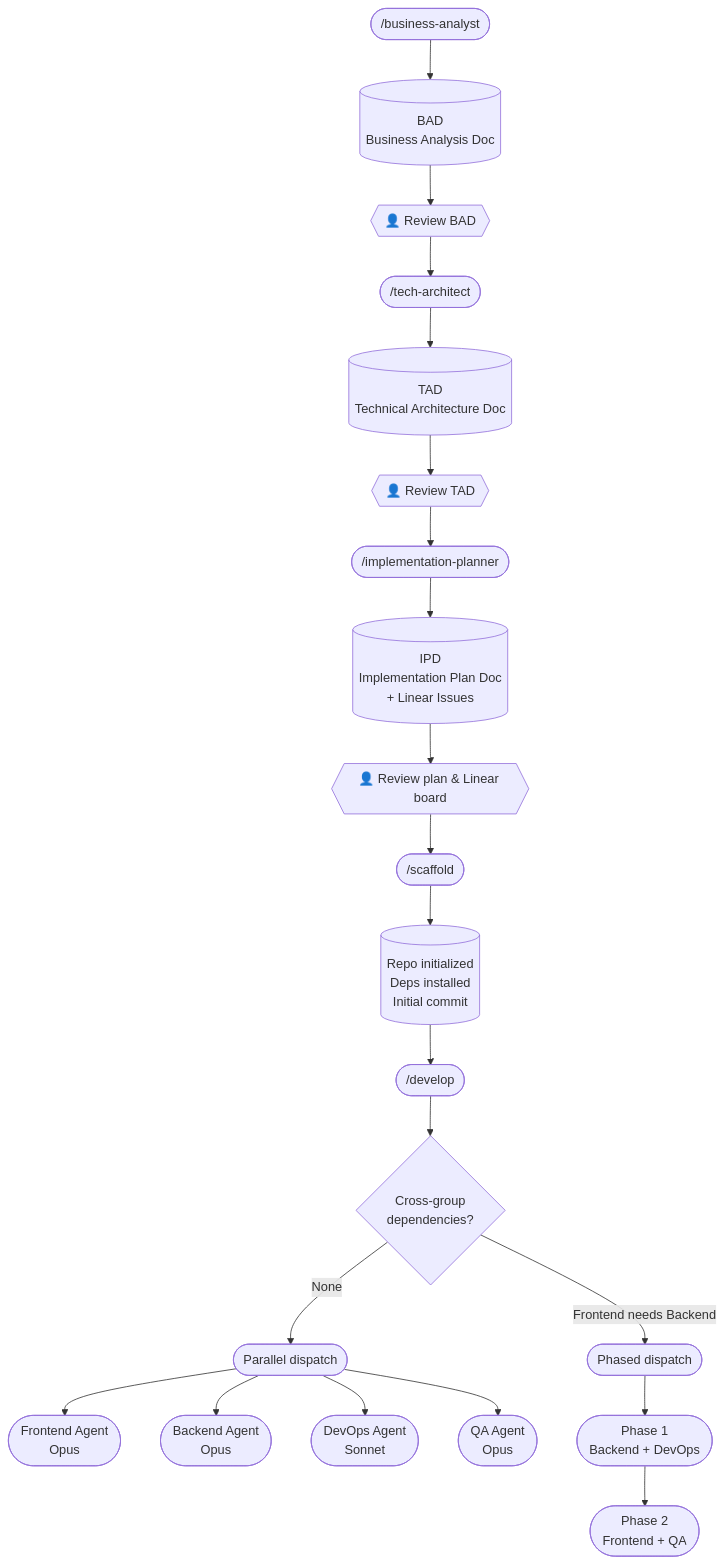
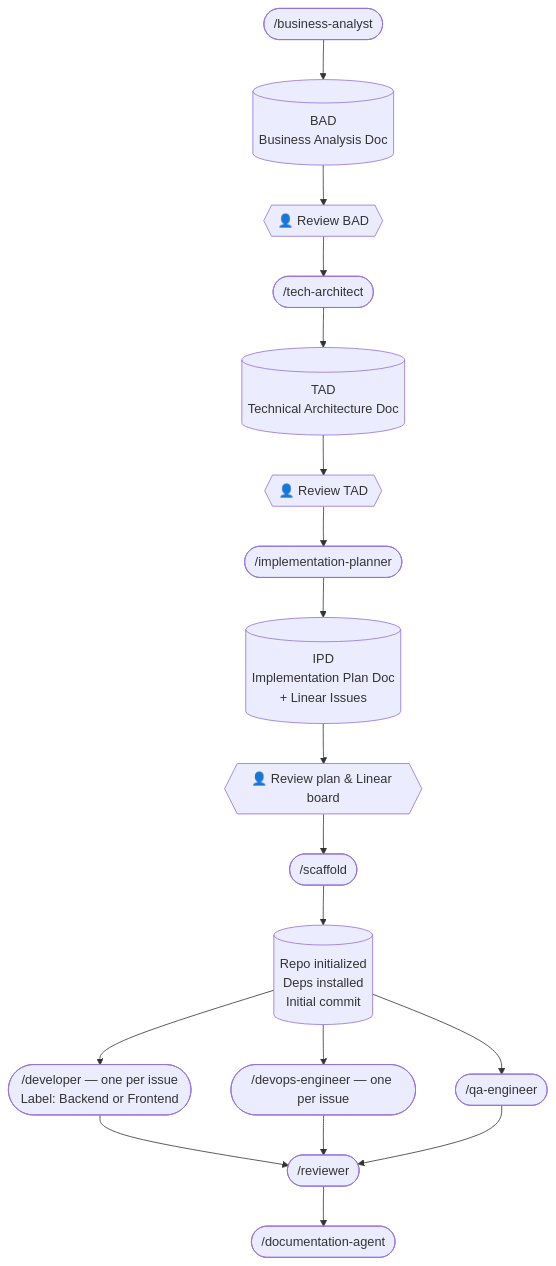
The second of 2 diagrams in README.md (FCabiddu/pocket-it), drawn with Mermaid before and after one commit. The commit also changed other lines of this file and 5 other files, not shown here.

````diff
--- a/README.md
+++ b/README.md
@@ -18,23 +18,20 @@
 ```mermaid
 flowchart TD
     A(["/business-analyst"]) --> B[("BAD\nBusiness Analysis Doc")]
     B --> BC{{"👤 Review BAD"}}
     BC --> C(["/tech-architect"])
     C --> D[("TAD\nTechnical Architecture Doc")]
     D --> DC{{"👤 Review TAD"}}
     DC --> E(["/implementation-planner"])
     E --> F[("IPD\nImplementation Plan Doc\n+ Linear Issues")]
     F --> G{{"👤 Review plan & Linear board"}}
     G --> H(["/scaffold"])
     H --> I[("Repo initialized\nDeps installed\nInitial commit")]
-    I --> K(["/develop"])
-    K --> L{Cross-group\ndependencies?}
-    L -->|None| M([Parallel dispatch])
-    L -->|Frontend needs Backend| N([Phased dispatch])
-    M --> FE([Frontend Agent\nOpus])
-    M --> BE([Backend Agent\nOpus])
-    M --> DO([DevOps Agent\nSonnet])
-    M --> QA([QA Agent\nOpus])
-    N --> P1([Phase 1\nBackend + DevOps])
-    P1 --> P2([Phase 2\nFrontend + QA])
+    I --> J(["/developer — one per issue\nLabel: Backend or Frontend"])
+    I --> K(["/devops-engineer — one per issue"])
+    I --> L(["/qa-engineer"])
+    J --> M(["/reviewer"])
+    K --> M
+    L --> M
+    M --> N(["/documentation-agent"])
 ```
````
